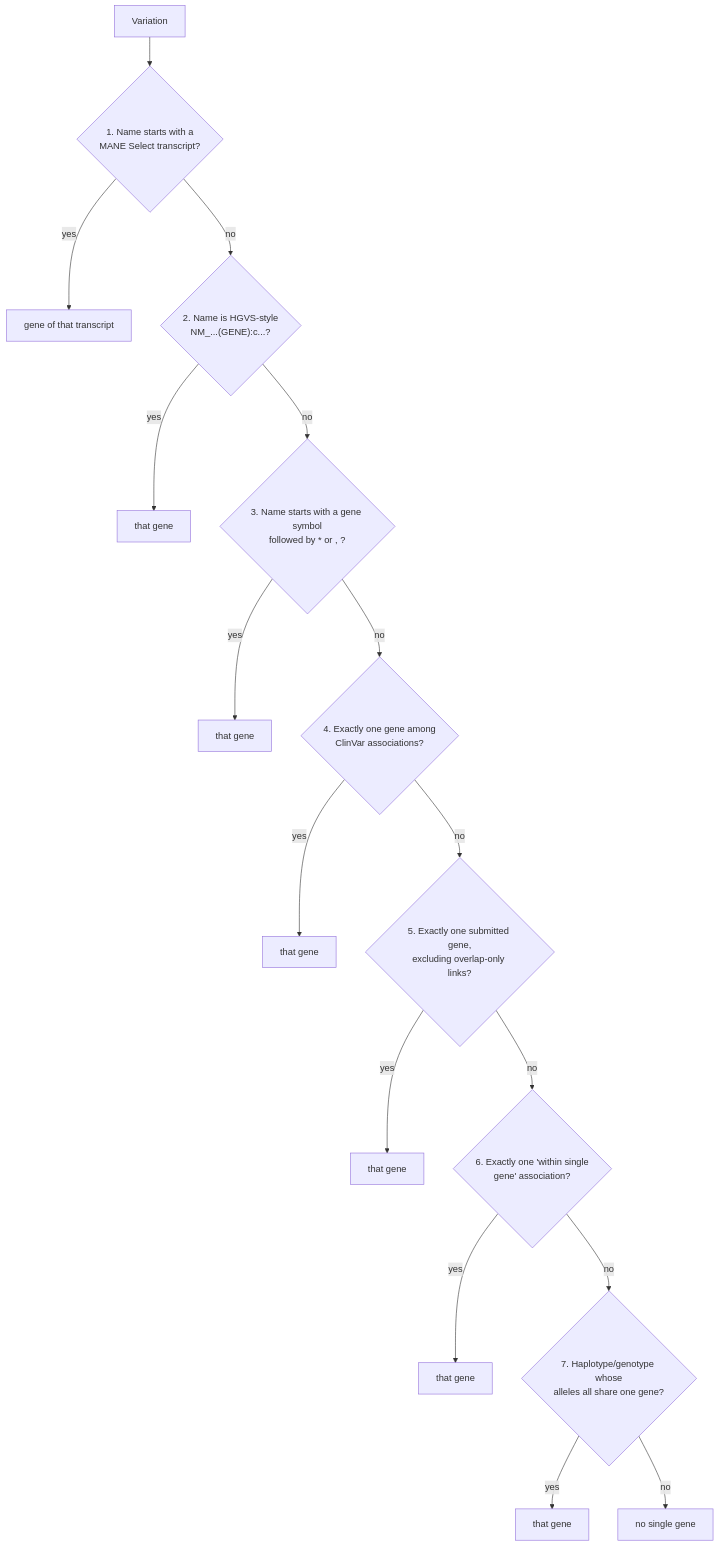
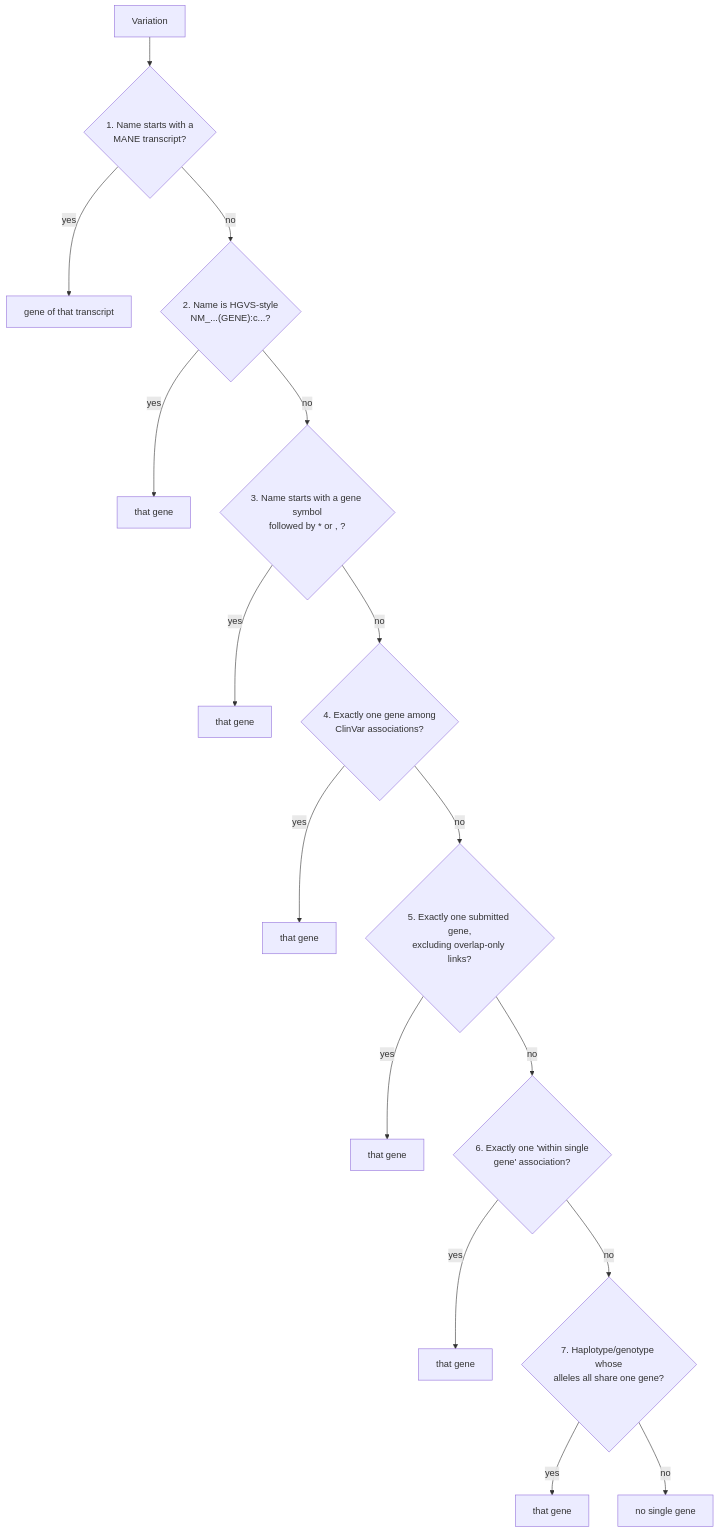
The diagram in docs/methods/single-gene-variation.md (clingen-data-model/clinvar-ingest-bq-tools), drawn with Mermaid before and after one commit. The commit also changed other lines of this file and 4 other files, not shown here.

First line of the commit message:
single_gene_variation: match MANE names against the MANE release current at the time (#42)

````diff
--- a/docs/methods/single-gene-variation.md
+++ b/docs/methods/single-gene-variation.md
@@ -44,18 +44,18 @@
 ```mermaid
 flowchart TD
-    A[Variation] --> R1{"1. Name starts with a<br/>MANE Select transcript?"}
+    A[Variation] --> R1{"1. Name starts with a<br/>MANE transcript?"}
     R1 -- yes --> G1[gene of that transcript]
     R1 -- no --> R2{"2. Name is HGVS-style<br/>NM_...(GENE):c...?"}
     R2 -- yes --> G2[that gene]
     R2 -- no --> R3{"3. Name starts with a gene symbol<br/>followed by * or , ?"}
     R3 -- yes --> G3[that gene]
     R3 -- no --> R4{"4. Exactly one gene among<br/>ClinVar associations?"}
     R4 -- yes --> G4[that gene]
     R4 -- no --> R5{"5. Exactly one submitted gene,<br/>excluding overlap-only links?"}
     R5 -- yes --> G5[that gene]
     R5 -- no --> R6{"6. Exactly one 'within single<br/>gene' association?"}
     R6 -- yes --> G6[that gene]
     R6 -- no --> R7{"7. Haplotype/genotype whose<br/>alleles all share one gene?"}
     R7 -- yes --> G7[that gene]
     R7 -- no --> N[no single gene]
 ```
````
